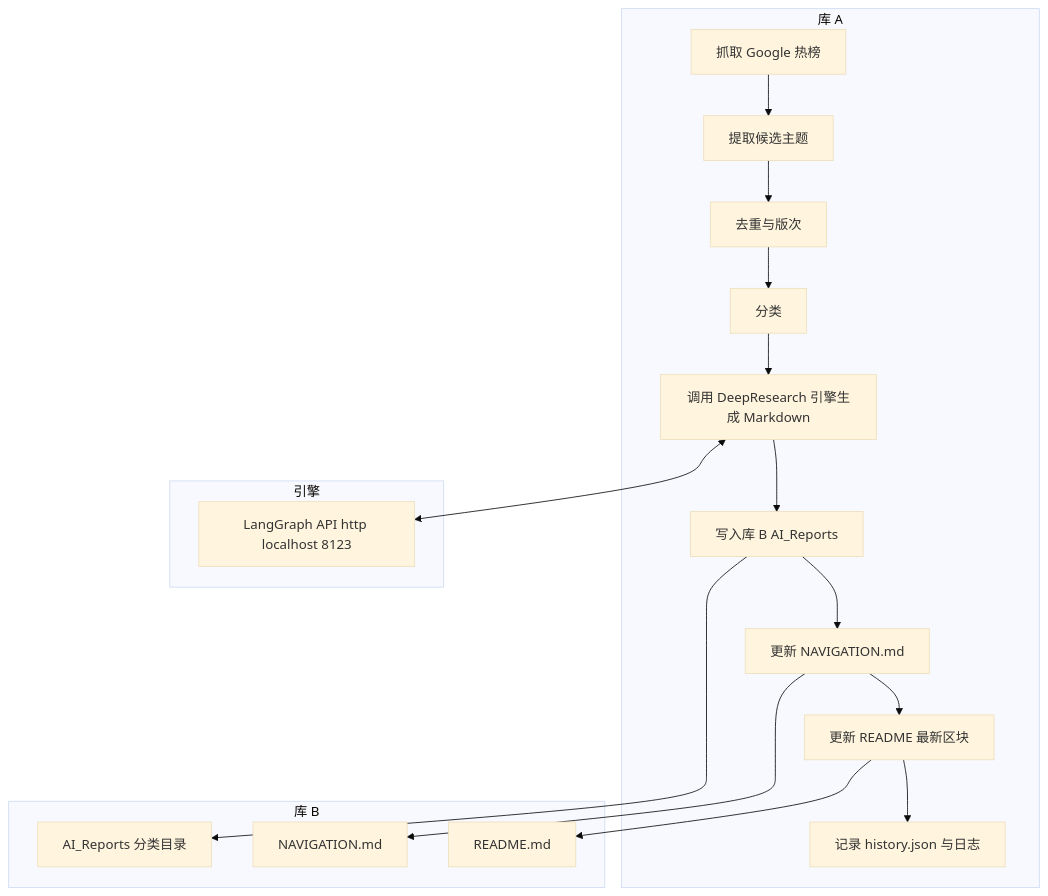
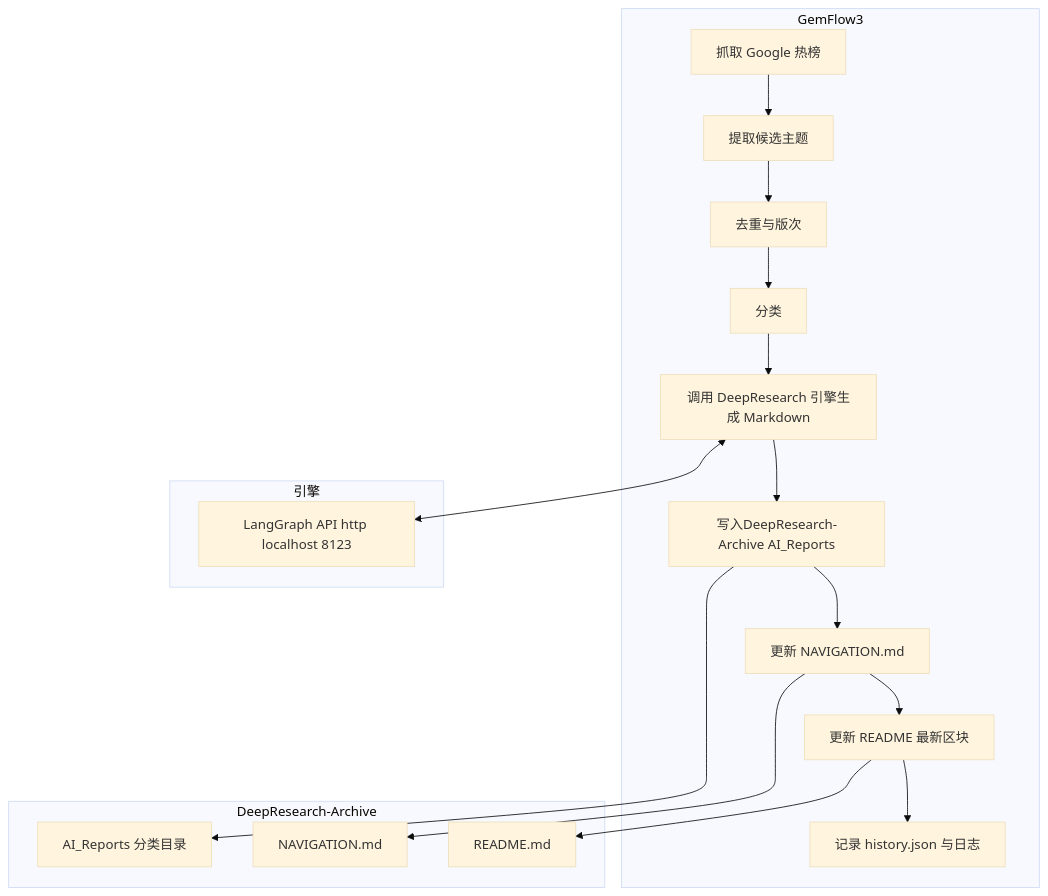
One commit to OnlineMo/GemFlow3 changed the diagram in README.md. Above: the diagram before and after it, drawn with Mermaid (base theme). The commit also changed other lines of this file and 1 other file, not shown here.

Commit message:
docs: rename Repo AGemFlow3 and Repo BDeepResearch-Archive across markdown

````diff
--- a/README.md
+++ b/README.md
@@ -41,27 +41,27 @@
 ```mermaid
 flowchart TD
-  subgraph A[库 A]
+  subgraph A[GemFlow3]
     A1[抓取 Google 热榜]
     A2[提取候选主题]
     A3[去重与版次]
     A4[分类]
     A5[调用 DeepResearch 引擎生成 Markdown]
-    A6[写入库 B AI_Reports]
+    A6[写入DeepResearch-Archive AI_Reports]
     A7[更新 NAVIGATION.md]
     A8[更新 README 最新区块]
     A9[记录 history.json 与日志]
   end
-  subgraph B[库 B]
+  subgraph B[DeepResearch-Archive]
     B1[AI_Reports 分类目录]
     B2[NAVIGATION.md]
     B3[README.md]
   end
   subgraph E[引擎]
     E1[LangGraph API http localhost 8123]
   end
   A1-->A2-->A3-->A4-->A5-->A6-->A7-->A8-->A9
   A6-->B1
   A7-->B2
   A8-->B3
   A5<-->E1
 ```
````
